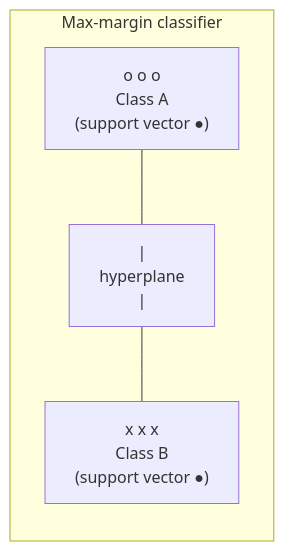
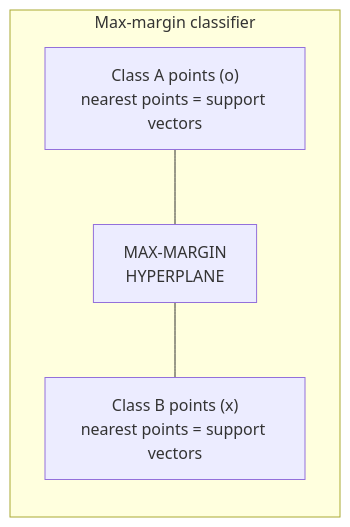
The sixth of 7 diagrams in DS/unit 3.md (ankitkumar131/sem3), drawn with Mermaid before and after one commit. The commit also changed 5 other files, not shown here.

Commit message:
Fix Mermaid diagram syntax errors in WT, BI, DS notes

````diff
--- a/DS/unit 3.md
+++ b/DS/unit 3.md
@@ -113,7 +113,7 @@
 ```mermaid
 flowchart LR
     subgraph SVM["Max-margin classifier"]
-        O1["o o o<br/>Class A<br/>(support vector ●)"] --- H["|<br/>hyperplane<br/>|"]
-        H --- O2["x x x<br/>Class B<br/>(support vector ●)"]
+        O1["Class A points (o)<br/>nearest points = support vectors"] --- H["MAX-MARGIN<br/>HYPERPLANE"]
+        H --- O2["Class B points (x)<br/>nearest points = support vectors"]
     end
 ```
````
